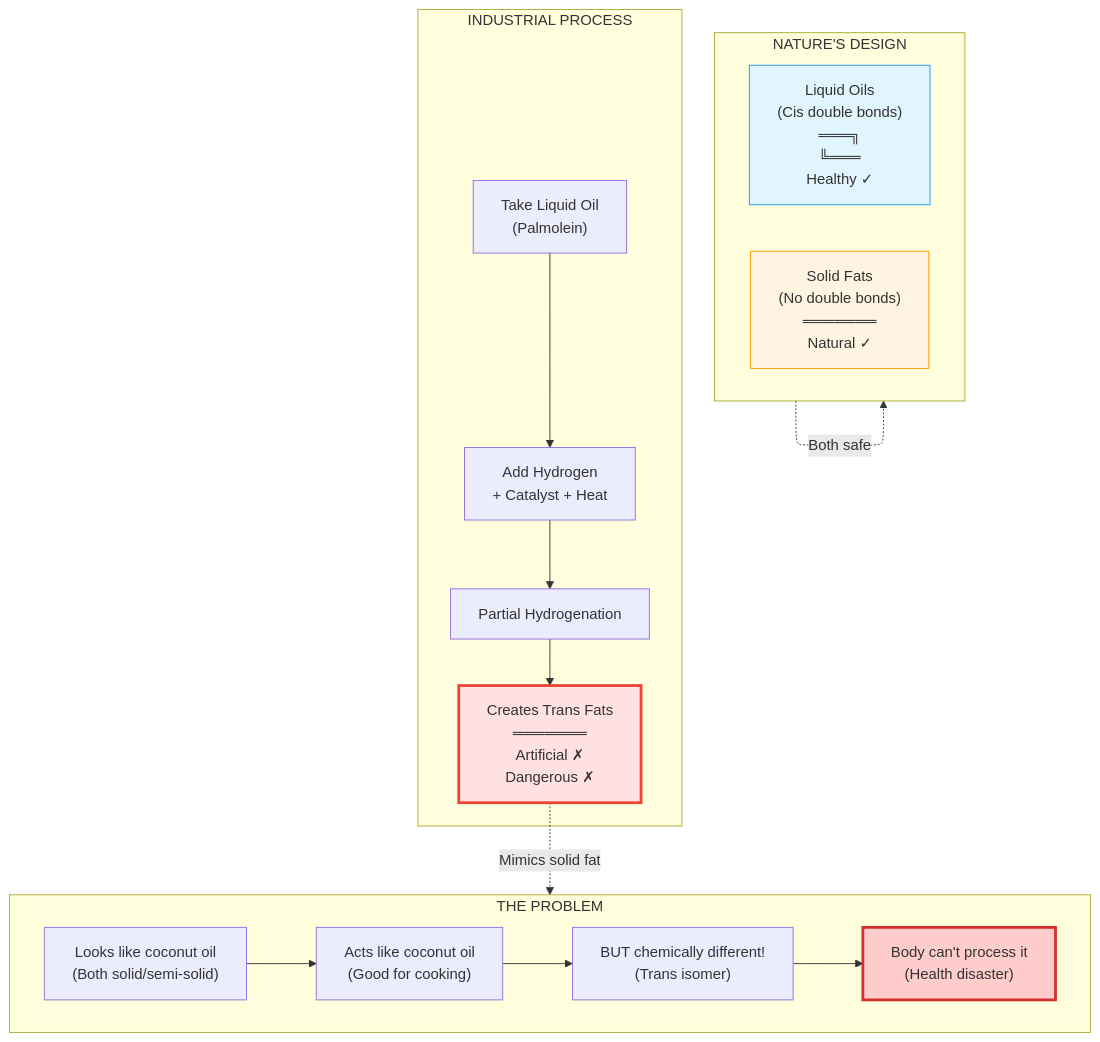
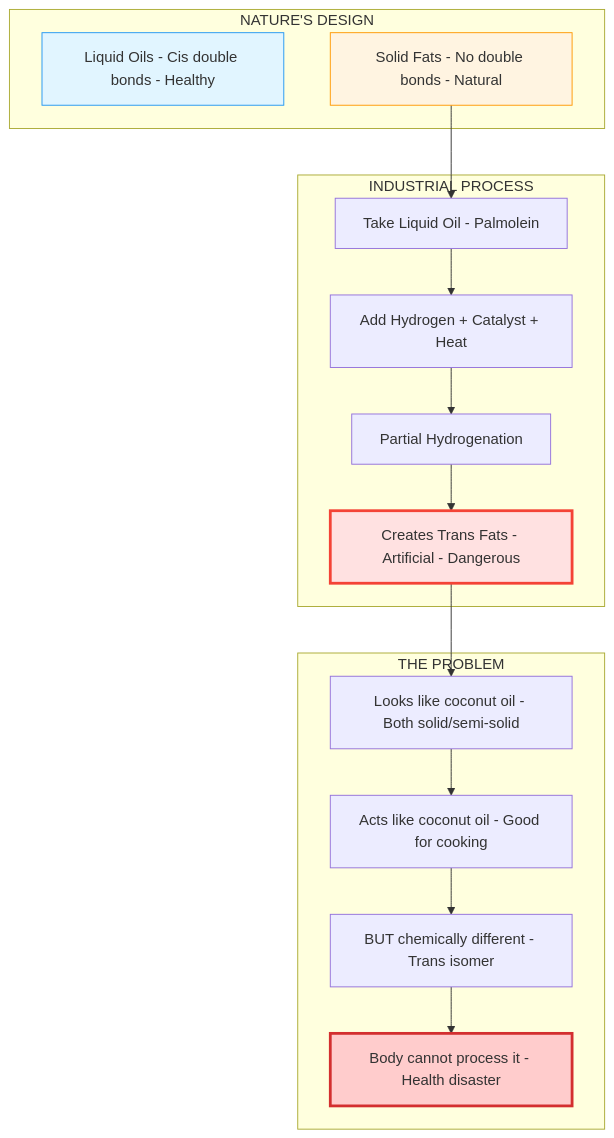
Before and after one commit to actionanand/arblogz: the ninth of 9 diagrams in src/content/blog/dalda-trans-fats-history.mdx, drawn with Mermaid. The commit also changed other lines of this file, not shown here.

````diff
--- a/src/content/blog/dalda-trans-fats-history.mdx
+++ b/src/content/blog/dalda-trans-fats-history.mdx
@@ -733,33 +729,33 @@
 ```mermaid
 flowchart TD
     subgraph Nature["NATURE'S DESIGN"]
-        N1["Liquid Oils<br/>(Cis double bonds)<br/>═══╗<br/>   ╚═══<br/>Healthy ✓"] 
-        N2["Solid Fats<br/>(No double bonds)<br/>═══════<br/>Natural ✓"]
+        N1["Liquid Oils - Cis double bonds - Healthy"] 
+        N2["Solid Fats - No double bonds - Natural"]
     end
     
     subgraph Industry["INDUSTRIAL PROCESS"]
-        I1["Take Liquid Oil<br/>(Palmolein)"]
-        I2["Add Hydrogen<br/>+ Catalyst + Heat"]
+        I1["Take Liquid Oil - Palmolein"]
+        I2["Add Hydrogen + Catalyst + Heat"]
         I3["Partial Hydrogenation"]
-        I4["Creates Trans Fats<br/>═══════<br/>Artificial ✗<br/>Dangerous ✗"]
+        I4["Creates Trans Fats - Artificial - Dangerous"]
         
         I1 --> I2 --> I3 --> I4
     end
     
     subgraph Problem["THE PROBLEM"]
-        P1["Looks like coconut oil<br/>(Both solid/semi-solid)"]
-        P2["Acts like coconut oil<br/>(Good for cooking)"]
-        P3["BUT chemically different!<br/>(Trans isomer)"]
-        P4["Body can't process it<br/>(Health disaster)"]
+        P1["Looks like coconut oil - Both solid/semi-solid"]
+        P2["Acts like coconut oil - Good for cooking"]
+        P3["BUT chemically different - Trans isomer"]
+        P4["Body cannot process it - Health disaster"]
         
         P1 --> P2 --> P3 --> P4
     end
     
-    Nature -."Both safe".-> Nature
-    I4 -."Mimics solid fat".-> Problem
+    N2 --> I1
+    I4 --> P1
     
     style N1 fill:#e1f5ff,stroke:#2196f3
     style N2 fill:#fff4e1,stroke:#ff9800
     style I4 fill:#ffe1e1,stroke:#f44336,stroke-width:3px
     style P4 fill:#ffcccc,stroke:#d32f2f,stroke-width:3px
 ```
````
